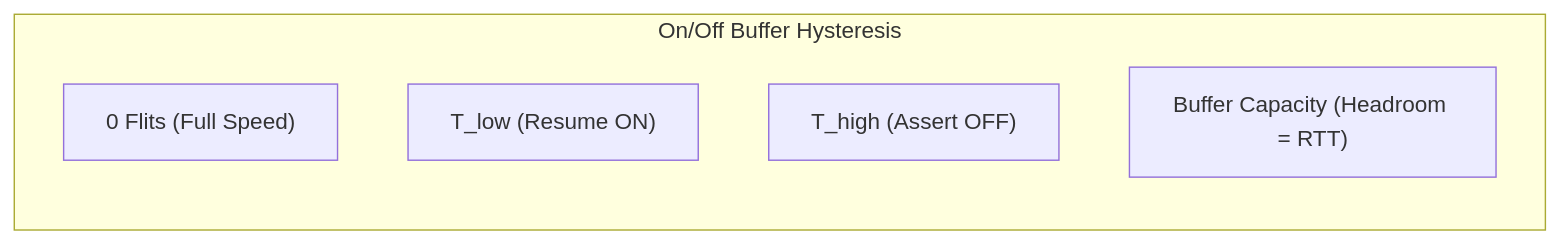
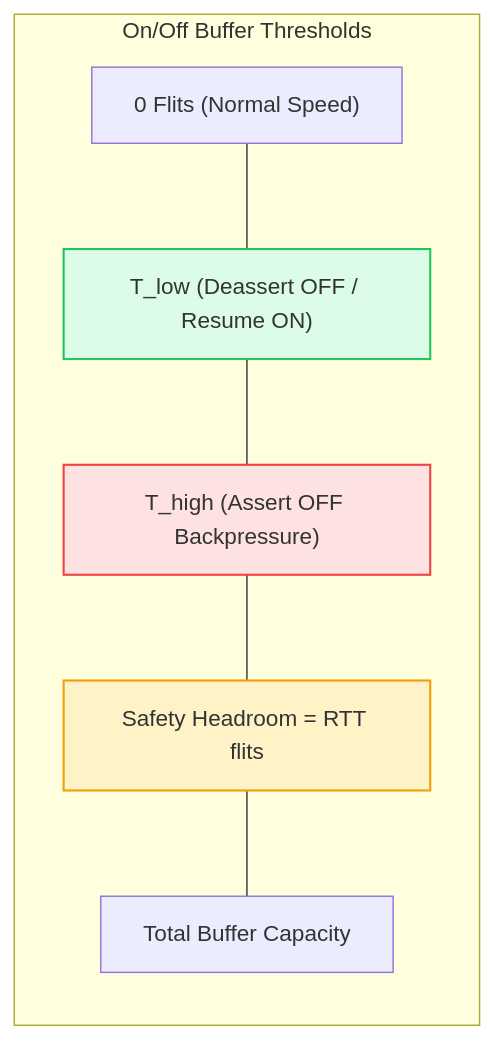
Before and after one commit to network-on-chip/learning: the third of 3 diagrams in docs/track1-fundamentals/03-flow-control-credit.md, drawn with Mermaid. The commit also changed other lines of this file and 7 other files, not shown here.

Commit message:
Upgrade Track 1: Interconnect Fundamentals with 4 interactive tools, rigorous physics models, and Network Interface (NI) architecture

````diff
--- a/docs/track1-fundamentals/03-flow-control-credit.md
+++ b/docs/track1-fundamentals/03-flow-control-credit.md
@@ -81,9 +475,13 @@
 ```mermaid
 graph LR
-  subgraph On_Off_Buffer [On/Off Buffer Hysteresis]
-    Empty["0 Flits (Full Speed)"]
-    Low["T_low (Resume ON)"]
-    High["T_high (Assert OFF)"]
-    Cap["Buffer Capacity (Headroom = RTT)"]
+  subgraph On_Off_Hysteresis ["On/Off Buffer Thresholds"]
+    Empty["0 Flits (Normal Speed)"] --- Low["T_low (Deassert OFF / Resume ON)"]
+    Low --- High["T_high (Assert OFF Backpressure)"]
+    High --- Headroom["Safety Headroom = RTT flits"]
+    Headroom --- Cap["Total Buffer Capacity"]
   end
+
+  style Low fill:#dcfce7,stroke:#22c55e,stroke-width:1.5px;
+  style High fill:#fee2e2,stroke:#ef4444,stroke-width:1.5px;
+  style Headroom fill:#fef3c7,stroke:#f59e0b,stroke-width:1.5px;
 ```
````
